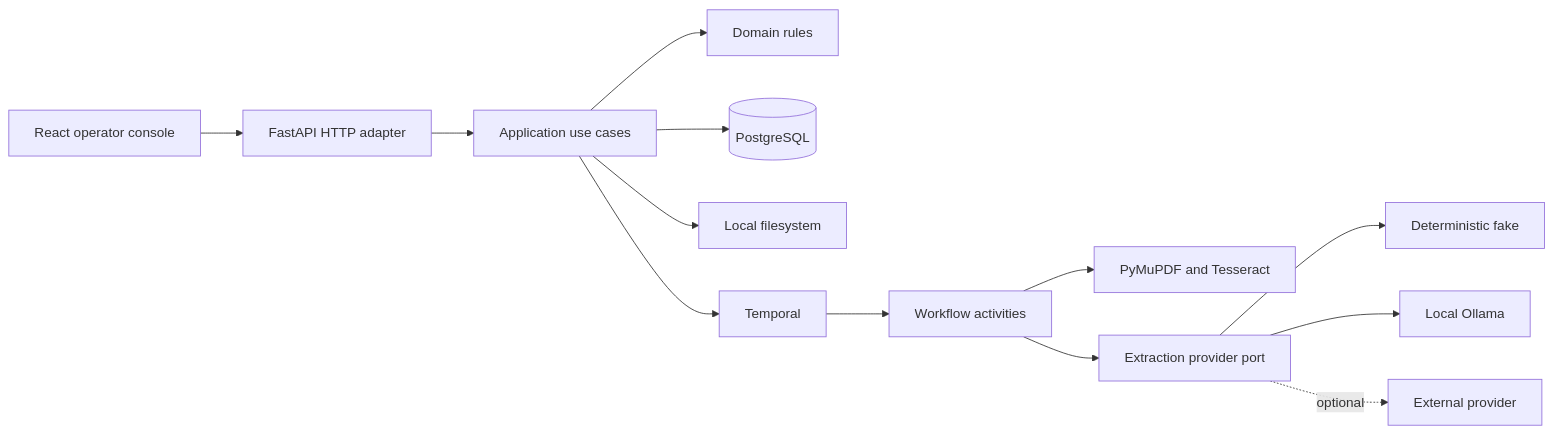
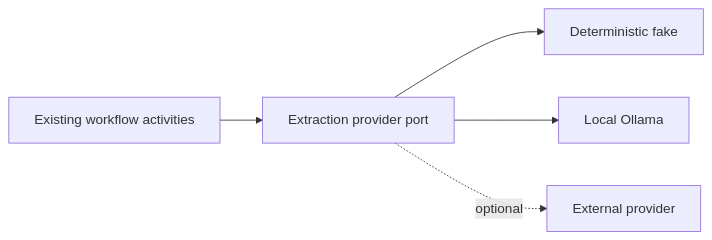
The second of 11 diagrams in docs/architecture.md (PietroRussoD/ai-document-processing-platform), drawn with Mermaid before and after one commit. The commit also changed other lines of this file and 25 other files, not shown here.

````diff
--- a/docs/architecture.md
+++ b/docs/architecture.md
@@ -29,15 +33,7 @@
 ```mermaid
 flowchart LR
-    Console[React operator console] --> API[FastAPI HTTP adapter]
-    API --> Application[Application use cases]
-    Application --> Domain[Domain rules]
-    Application --> PostgreSQL[(PostgreSQL)]
-    Application --> Storage[Local filesystem]
-    Application --> Temporal[Temporal]
-    Temporal --> Worker[Workflow activities]
-    Worker --> Text[PyMuPDF and Tesseract]
-    Worker --> Model[Extraction provider port]
+    Worker[Existing workflow activities] --> Model[Extraction provider port]
     Model --> Fake[Deterministic fake]
     Model --> Ollama[Local Ollama]
     Model -. optional .-> OpenAI[External provider]
 ```
````
